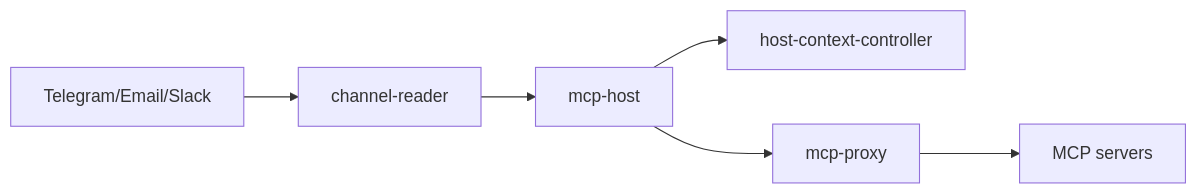
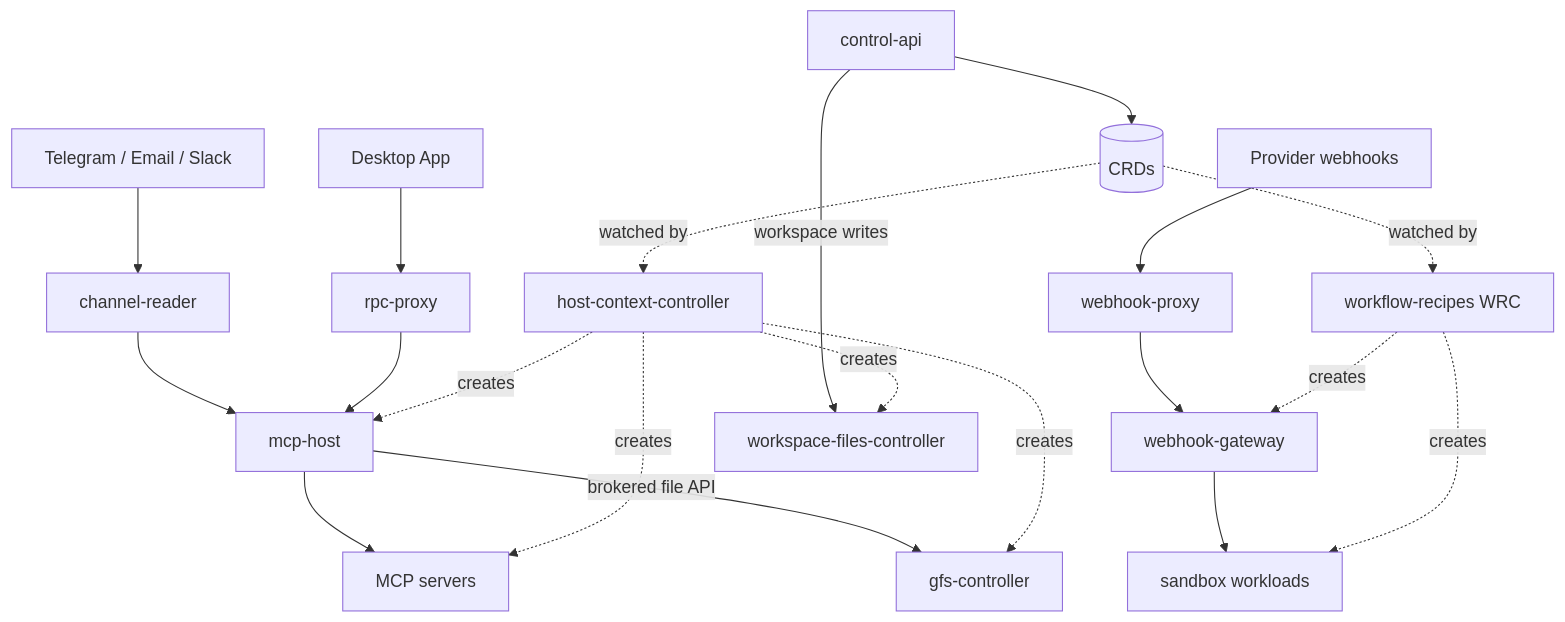
One commit to evenfire-ai/evenfire changed the diagram in ARCHITECTURE.md. Above: the diagram before and after it, drawn with Mermaid. The commit also changed other lines of this file, not shown here.

````diff
--- a/ARCHITECTURE.md
+++ b/ARCHITECTURE.md
@@ -30,7 +107,26 @@
 ```mermaid
-flowchart LR
-  user[Telegram/Email/Slack] --> cr[channel-reader]
+flowchart TB
+  user[Telegram / Email / Slack] --> cr[channel-reader]
+  desktop[Desktop App] --> rpc[rpc-proxy]
+  hook[Provider webhooks] --> wp[webhook-proxy] --> wg[webhook-gateway]
+
   cr --> mh[mcp-host]
-  mh --> hcc[host-context-controller]
-  mh --> proxy[mcp-proxy] --> mcp[MCP servers]
+  rpc --> mh
+  wg --> sb[sandbox workloads]
+
+  mh --> mcp[MCP servers]
+  mh -->|brokered file API| gfsc[gfs-controller]
+
+  capi[control-api] -->|workspace writes| wfc[workspace-files-controller]
+  capi --> crd[(CRDs)]
+
+  hcc[host-context-controller] -.creates.-> mh
+  hcc -.creates.-> mcp
+  hcc -.creates.-> gfsc
+  hcc -.creates.-> wfc
+  wrc[workflow-recipes WRC] -.creates.-> sb
+  wrc -.creates.-> wg
+
+  crd -.watched by.-> hcc
+  crd -.watched by.-> wrc
 ```
````
